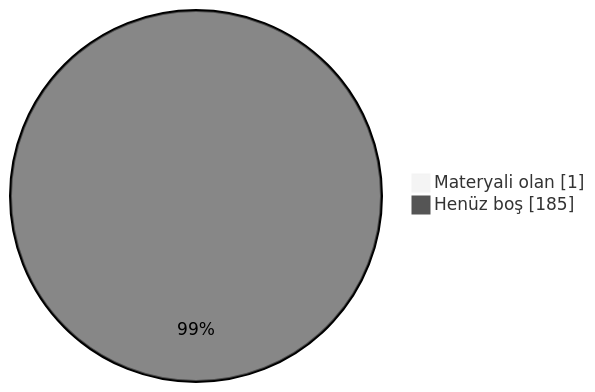
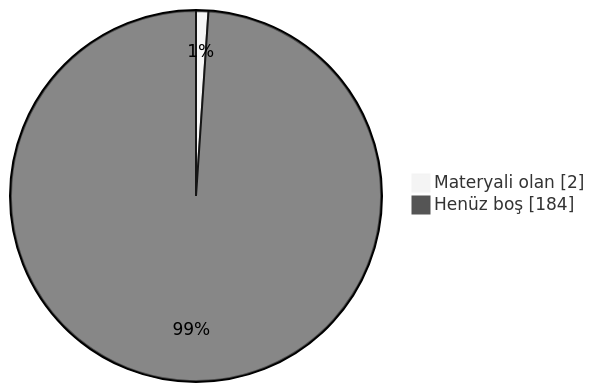
The diagram in README.md (MarmaraArsiv/muh_bilgisayar), drawn with Mermaid (neutral theme) before and after one commit. The commit also changed other lines of this file, not shown here.

````diff
--- a/README.md
+++ b/README.md
@@ -105,5 +105,5 @@
 ```mermaid
 pie showData
-  "Materyali olan" : 1
-  "Henüz boş" : 185
+  "Materyali olan" : 2
+  "Henüz boş" : 184
 ```
````
